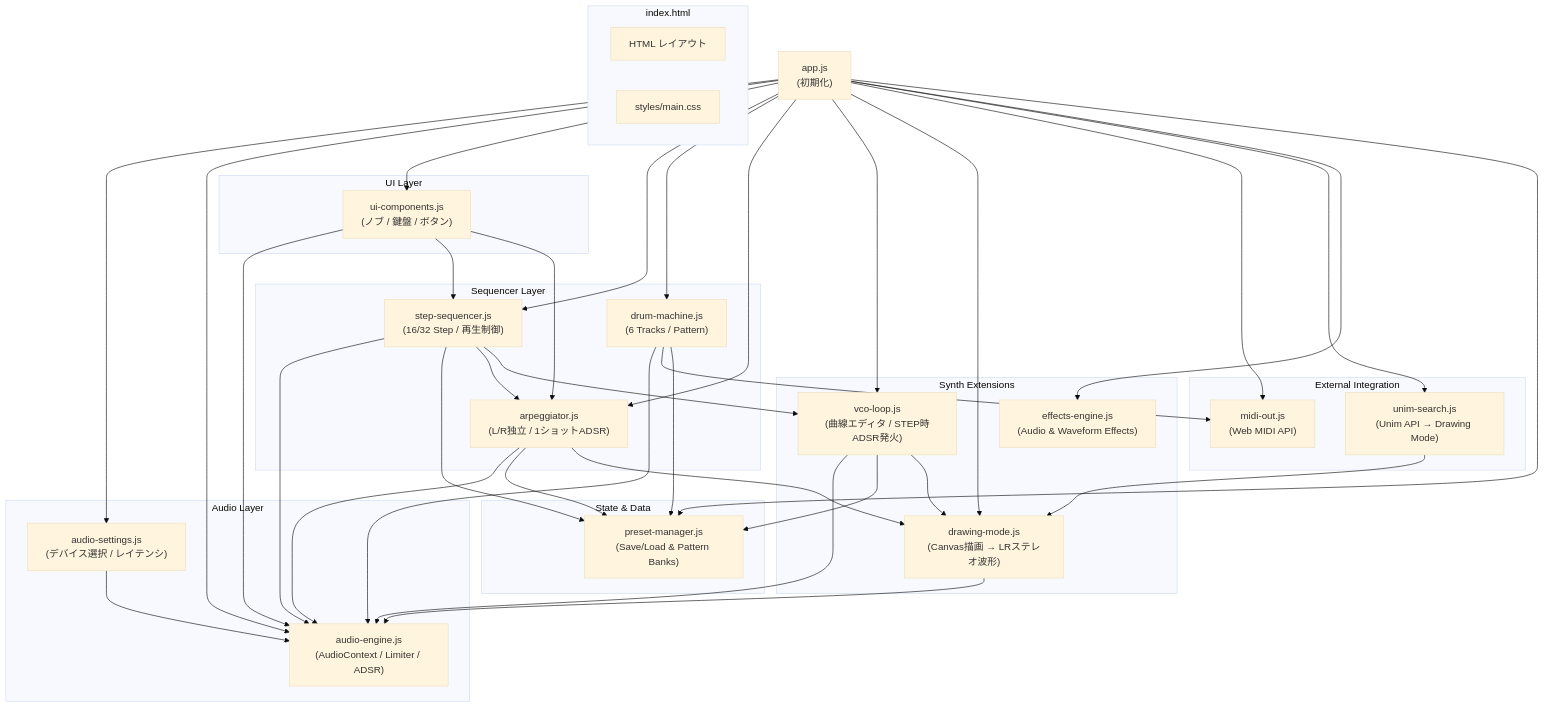
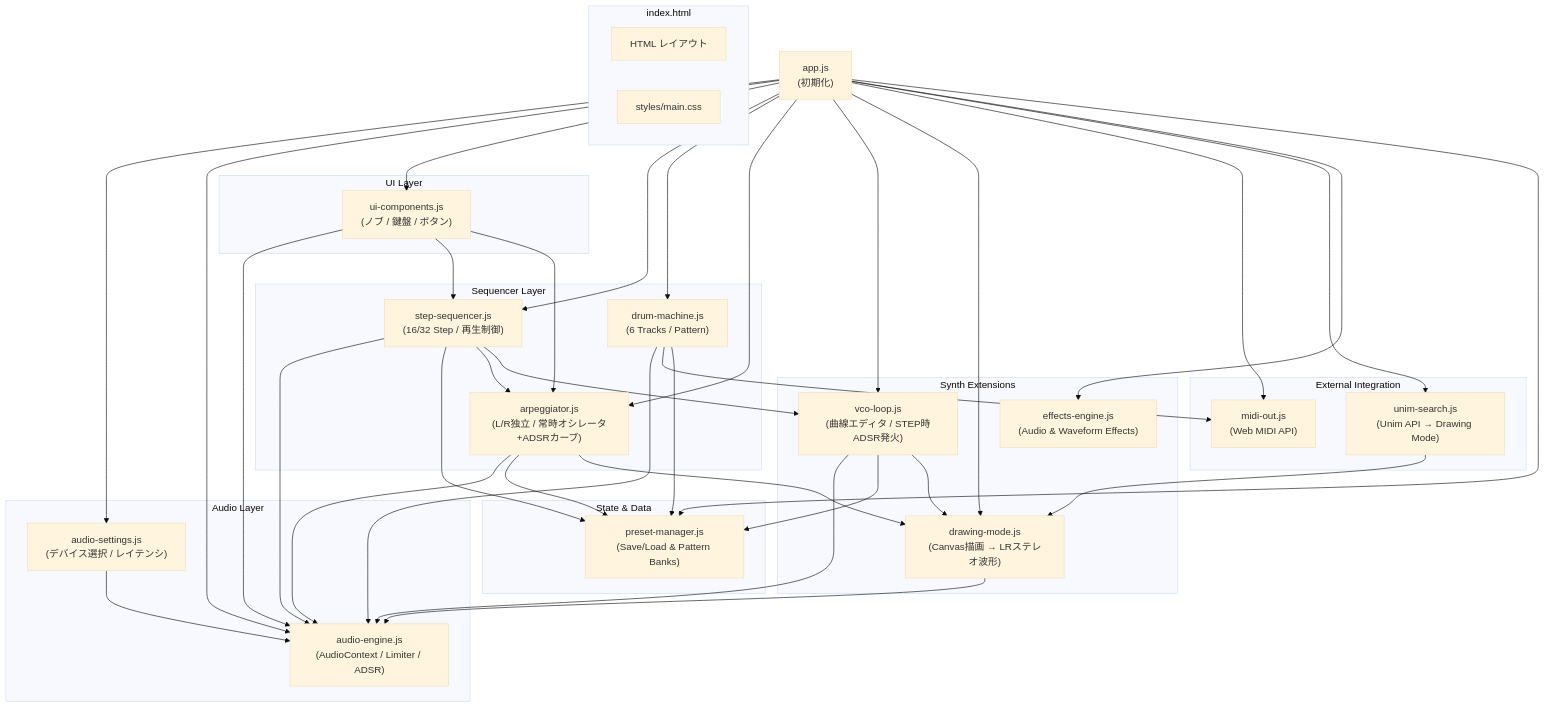
Before and after one commit to na-gasena/DrawingLissajousOscilloscopicSynthesizer-II-DLOSy-II: the first of 2 diagrams in Doc/architecture.md, drawn with Mermaid (base theme). The commit also changed other lines of this file and 5 other files, not shown here.

````diff
--- a/Doc/architecture.md
+++ b/Doc/architecture.md
@@ -51,77 +51,77 @@
 ```mermaid
 graph TD
     subgraph "index.html"
         HTML["HTML レイアウト"]
         CSS["styles/main.css"]
     end
 
     subgraph "Audio Layer"
         AE["audio-engine.js<br/>(AudioContext / Limiter / ADSR)"]
         ASET["audio-settings.js<br/>(デバイス選択 / レイテンシ)"]
     end
 
     subgraph "Sequencer Layer"
         SS["step-sequencer.js<br/>(16/32 Step / 再生制御)"]
         DM["drum-machine.js<br/>(6 Tracks / Pattern)"]
-        ARP["arpeggiator.js<br/>(L/R独立 / 1ショットADSR)"]
+        ARP["arpeggiator.js<br/>(L/R独立 / 常時オシレータ+ADSRカーブ)"]
     end
 
     subgraph "Synth Extensions"
         VCO["vco-loop.js<br/>(曲線エディタ / STEP時ADSR発火)"]
         DRAW["drawing-mode.js<br/>(Canvas描画 → LRステレオ波形)"]
         FX["effects-engine.js<br/>(Audio & Waveform Effects)"]
     end
 
     subgraph "State & Data"
         PM["preset-manager.js<br/>(Save/Load & Pattern Banks)"]
     end
 
     subgraph "External Integration"
         MIDI["midi-out.js<br/>(Web MIDI API)"]
         UNIM["unim-search.js<br/>(Unim API → Drawing Mode)"]
     end
 
     subgraph "UI Layer"
         UI["ui-components.js<br/>(ノブ / 鍵盤 / ボタン)"]
     end
 
     APP["app.js<br/>(初期化)"]
 
     APP --> ASET
     APP --> AE
     APP --> UI
     APP --> SS
     APP --> DM
     APP --> ARP
     APP --> VCO
     APP --> DRAW
     APP --> MIDI
     APP --> UNIM
     APP --> FX
     APP --> PM
 
     ASET --> AE
     UI --> AE
     UI --> SS
     UI --> ARP
 
     SS --> AE
     SS --> PM
     SS --> ARP
     SS --> VCO
 
     DM --> AE
     DM --> MIDI
     DM --> PM
 
     ARP --> AE
     ARP --> PM
     ARP --> DRAW
 
     VCO --> AE
     VCO --> PM
     VCO --> DRAW
 
     UNIM --> DRAW
     DRAW --> AE
 ```
````
